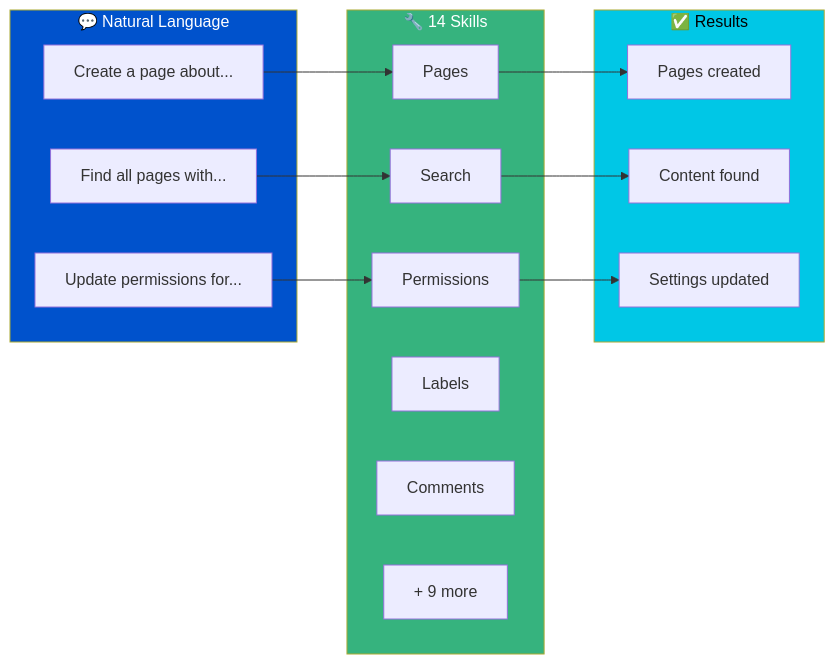
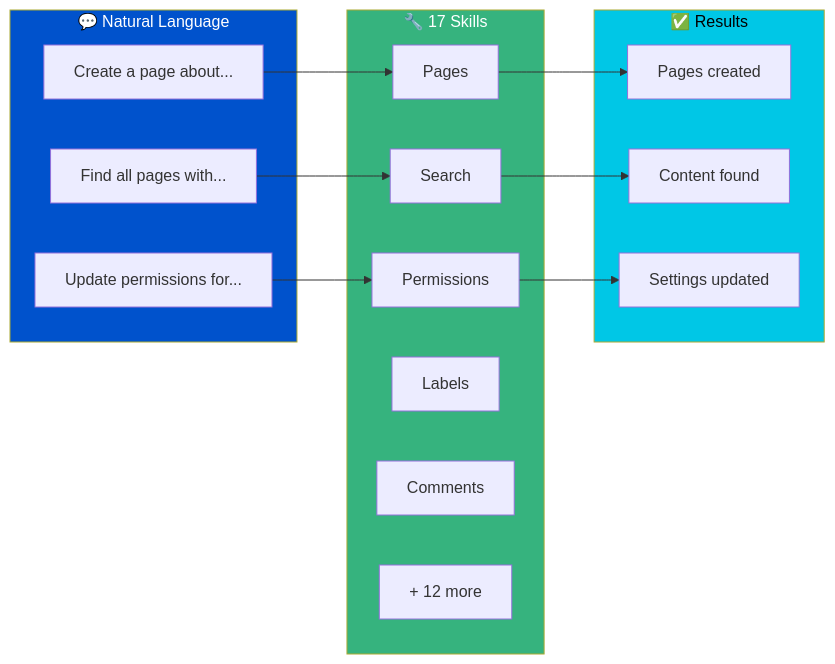
The diagram in README.md (grandcamel/Confluence-Assistant-Skills), drawn with Mermaid before and after one commit. The commit also changed other lines of this file and 15 other files, not shown here.

````diff
--- a/README.md
+++ b/README.md
@@ -225,31 +219,31 @@
 ```mermaid
 flowchart LR
     subgraph Input["💬 Natural Language"]
         A["Create a page about..."]
         B["Find all pages with..."]
         C["Update permissions for..."]
     end
 
-    subgraph Skills["🔧 14 Skills"]
+    subgraph Skills["🔧 17 Skills"]
         D[Pages]
         E[Search]
         F[Permissions]
         G[Labels]
         H[Comments]
-        I[+ 9 more]
+        I[+ 12 more]
     end
 
     subgraph Output["✅ Results"]
         J["Pages created"]
         K["Content found"]
         L["Settings updated"]
     end
 
     A --> D --> J
     B --> E --> K
     C --> F --> L
 
     style Input fill:#0052CC,color:#fff
     style Skills fill:#36B37E,color:#fff
     style Output fill:#00C7E6,color:#000
 ```
````
